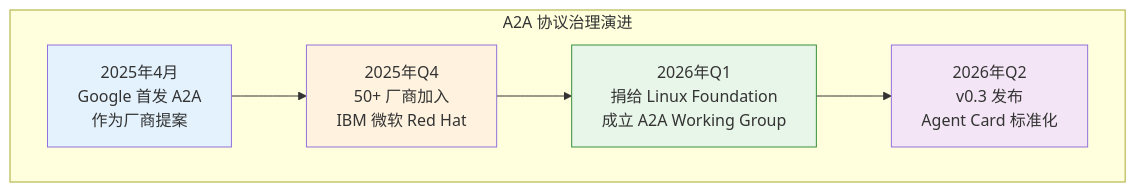
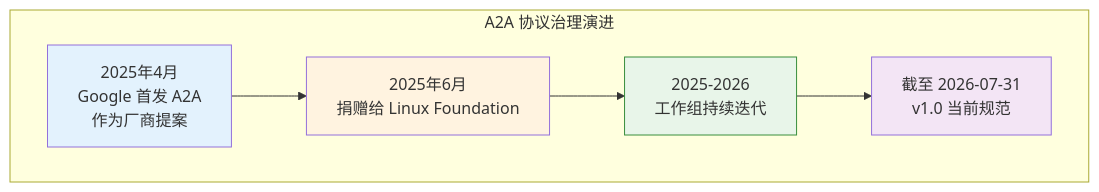
Before and after one commit to BeefWrap4/LLM-Knowledge-Base: diagram 18 of 20 in 15_Agent智能体开发.md, drawn with Mermaid. The commit also changed other lines of this file and 454 other files, not shown here.

````diff
--- a/15_Agent智能体开发.md
+++ b/15_Agent智能体开发.md
@@ -3084,17 +3166,17 @@
 ```mermaid
 graph LR
     subgraph "A2A 协议治理演进"
         direction LR
         A["2025年4月<br/>Google 首发 A2A<br/>作为厂商提案"]
-        B["2025年Q4<br/>50+ 厂商加入<br/>IBM 微软 Red Hat"]
-        C["2026年Q1<br/>捐给 Linux Foundation<br/>成立 A2A Working Group"]
-        D["2026年Q2<br/>v0.3 发布<br/>Agent Card 标准化"]
+        B["2025年6月<br/>捐赠给 Linux Foundation"]
+        C["2025-2026<br/>工作组持续迭代"]
+        D["截至 2026-07-31<br/>v1.0 当前规范"]
 
         A --> B --> C --> D
     end
 
     style A fill:#e3f2fd
     style B fill:#fff3e0
     style C fill:#e8f5e9,stroke:#388e3c
     style D fill:#f3e5f5
 ```
````
